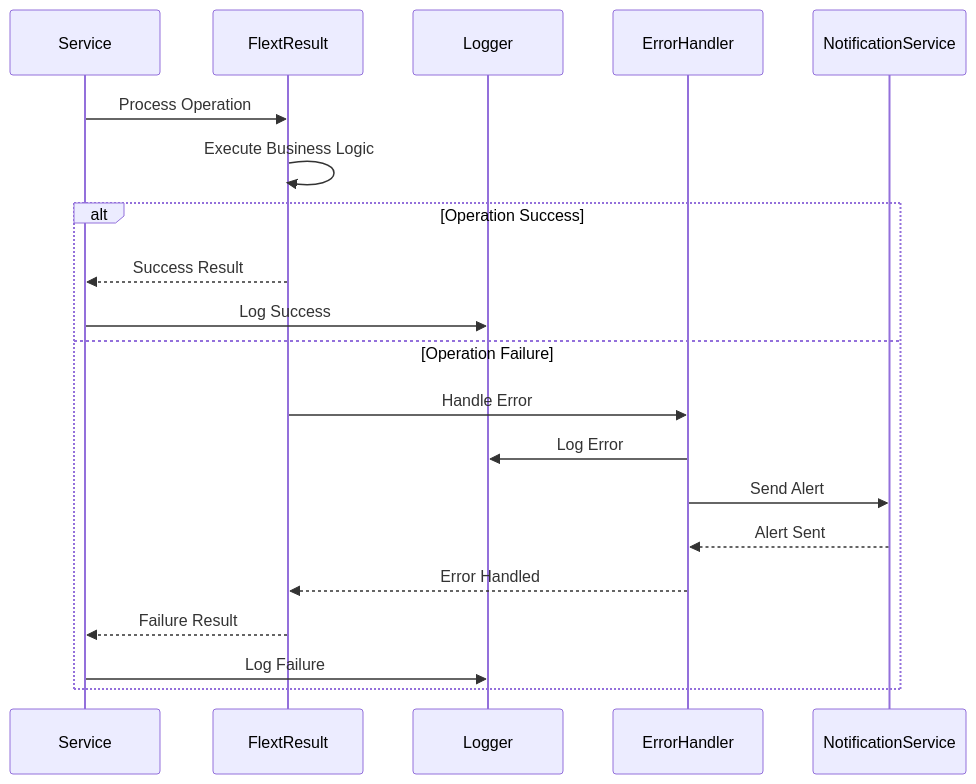
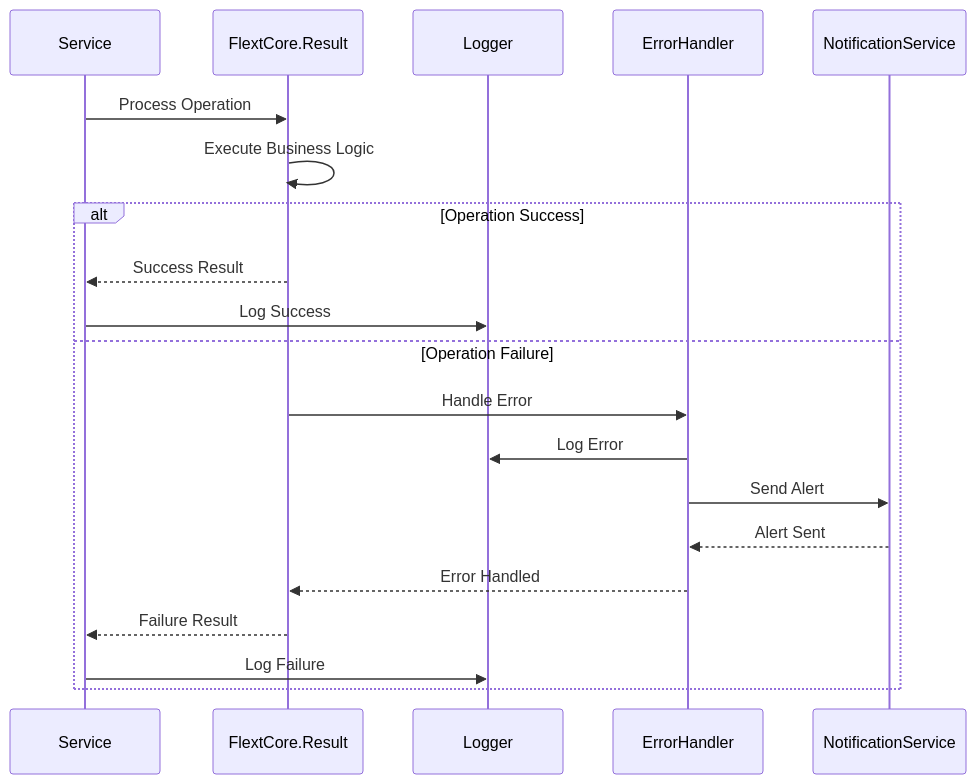
The seventh of 10 diagrams in docs/architecture/c4-model/code-diagrams.md (flext-sh/flext), drawn with Mermaid before and after one commit. The commit also changed other lines of this file and 204 other files, not shown here.

````diff
--- a/docs/architecture/c4-model/code-diagrams.md
+++ b/docs/architecture/c4-model/code-diagrams.md
@@ -326,24 +326,24 @@
 ```mermaid
 sequenceDiagram
     participant Service
-    participant FlextResult
+    participant FlextCore.Result
     participant Logger
     participant ErrorHandler
     participant NotificationService
-    
-    Service->>FlextResult: Process Operation
-    FlextResult->>FlextResult: Execute Business Logic
-    
+
+    Service->>FlextCore.Result: Process Operation
+    FlextCore.Result->>FlextCore.Result: Execute Business Logic
+
     alt Operation Success
-        FlextResult-->>Service: Success Result
+        FlextCore.Result-->>Service: Success Result
         Service->>Logger: Log Success
     else Operation Failure
-        FlextResult->>ErrorHandler: Handle Error
+        FlextCore.Result->>ErrorHandler: Handle Error
         ErrorHandler->>Logger: Log Error
         ErrorHandler->>NotificationService: Send Alert
         NotificationService-->>ErrorHandler: Alert Sent
-        ErrorHandler-->>FlextResult: Error Handled
-        FlextResult-->>Service: Failure Result
+        ErrorHandler-->>FlextCore.Result: Error Handled
+        FlextCore.Result-->>Service: Failure Result
         Service->>Logger: Log Failure
     end
 ```
````
